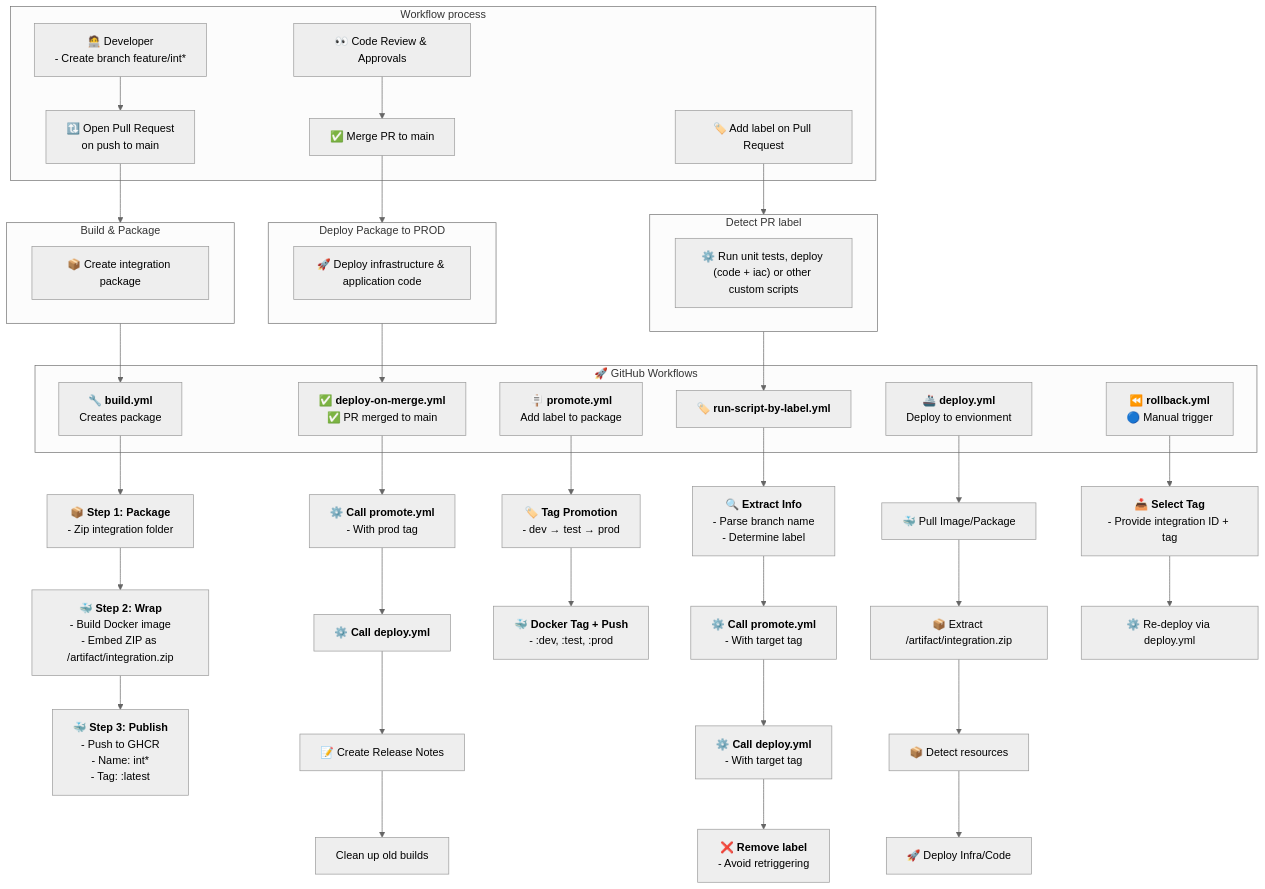
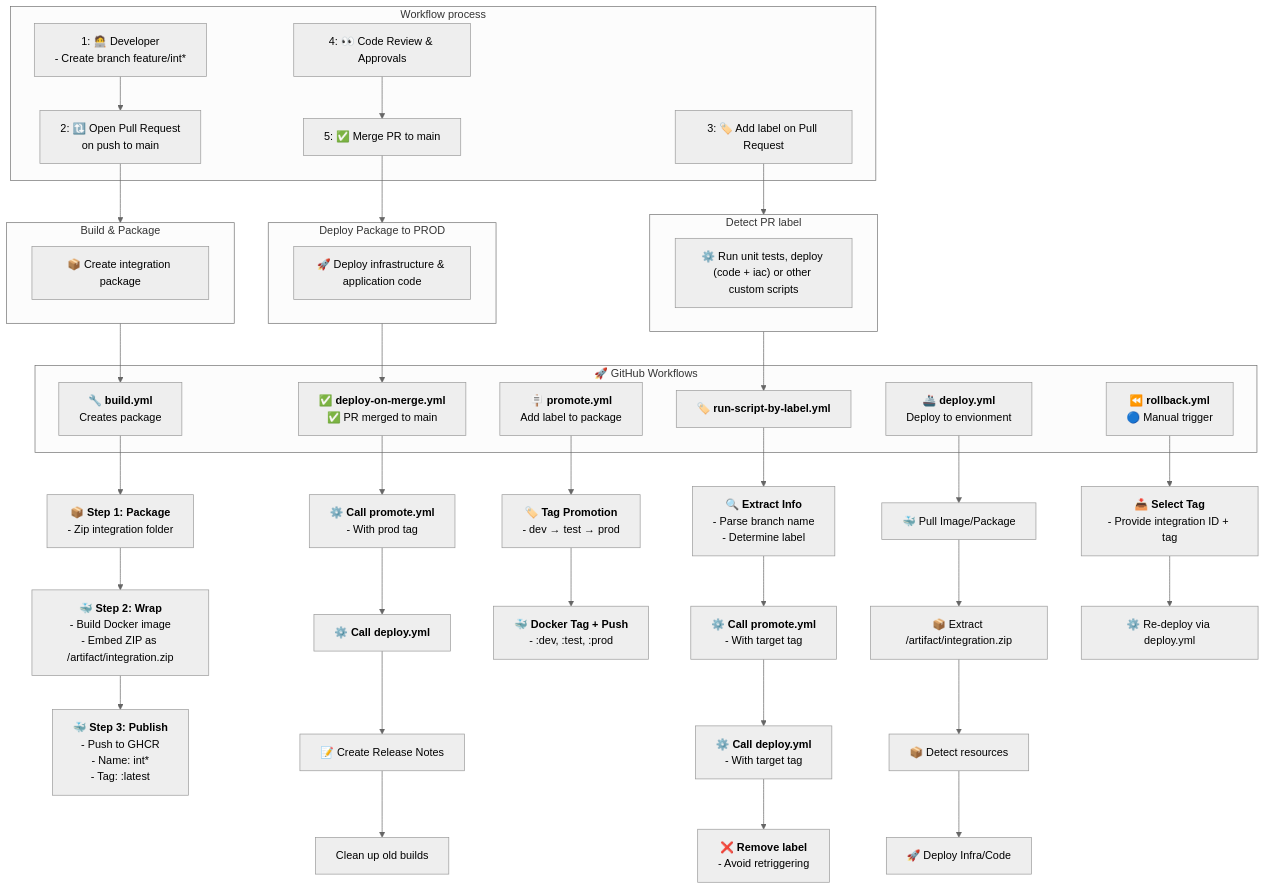
One commit to antonidag/radius changed the first of 3 diagrams in README.md. Above: the diagram before and after it, drawn with Mermaid (neutral theme).

Commit message:
docs: add step counter

````diff
--- a/README.md
+++ b/README.md
@@ -1,80 +1,81 @@
 ```mermaid
 flowchart TD
 
   %% Developer steps
   subgraph WORKPROCESS["Workflow process"]
       %% Developer & Git Process (Top vertical)
-    WP1["🧑‍💻 Developer<br>- Create branch feature/int*"]
-    WP2["🔃 Open Pull Request <br>on push to main"]
-    WP5["🏷️ Add label on Pull Request"]
-    WP3["👀 Code Review & Approvals"]
-    WP4["✅ Merge PR to main"]
+    WP1["1: 🧑‍💻 Developer<br>- Create branch feature/int*"]
+    WP2["2: 🔃 Open Pull Request <br>on push to main"]
+    WP5["3: 🏷️ Add label on Pull Request"]
+    WP3["4: 👀 Code Review & Approvals"]
+    WP4["5: ✅ Merge PR to main"]
   end
 
   %% Build Phase
   subgraph WPBUILD["Build & Package"]
     B11["📦 Create integration package"]
   end
 
   %% Promotion Phase
   subgraph WPPROMOTE["Detect PR label"]
     P11["⚙️ Run unit tests, deploy (code + iac) or other custom scripts"]
   end
 
   %% Deploy Phase
   subgraph WPDEPLOY["Deploy Package to PROD"]
     D32["🚀 Deploy infrastructure & application code"]
 
   end
   WP1 --> WP2
   WP2 --> WPBUILD
   WP5 --> WPPROMOTE
   WP3 --> WP4
   WP4 --> WPDEPLOY
   
   WPBUILD --> W1
   WPPROMOTE --> W5
   WPDEPLOY --> W6
 
   subgraph WORKFLOWS["🚀 GitHub Workflows"]
       W1["🔧 <b>build.yml</b><br> Creates package"]
       W2["🪧 <b>promote.yml</b><br>Add label to package"]
       W3["🚢 <b>deploy.yml</b><br>Deploy to envionment"]
       W5["🏷️ <b>run-script-by-label.yml</b><br>"]
       W6["✅ <b>deploy-on-merge.yml</b><br>✅ PR merged to main"]
       W4["⏪ <b>rollback.yml</b><br>🔵 Manual trigger"]
   end
 
   %% build.yml
   W1 --> B1["📦 <b>Step 1: Package</b><br>- Zip integration folder"]
   B1 --> B2["🐳 <b>Step 2: Wrap</b><br>- Build Docker image<br>- Embed ZIP as /artifact/integration.zip"]
   B2 --> B3["🐳 <b>Step 3: Publish</b><br>- Push to GHCR<br>- Name: int* <br>- Tag: :latest"]
 
 
   %% promote-by-label.yml
   W5 --> L1["🔍 <b>Extract Info</b><br>- Parse branch name<br>- Determine label"]
   L1 --> L2["⚙️  <b>Call promote.yml</b><br>- With target tag"]
   L2 --> L3["⚙️  <b>Call deploy.yml</b><br>- With target tag"]
   L3 --> L4["❌ <b>Remove label</b><br>- Avoid retriggering"]
 
   %% promote.yml
   W2 --> P1["🏷️ <b>Tag Promotion</b><br>- dev → test → prod"]
   P1 --> P2["🐳 <b>Docker Tag + Push</b><br>- :dev, :test, :prod"]
 
+  %% deploy-on-merge.yml
+  W6 --> M2["⚙️ <b>Call promote.yml</b><br>- With prod tag"]
+  M2 --> M3["⚙️ <b>Call deploy.yml</b>"]
+  M3 --> M4["📝 Create Release Notes"]
+  M4 --> M5["Clean up old builds"]
 
     %% deploy.yml
   W3 --> D1["🐳 Pull Image/Package"]
   D1 --> D2["📦 Extract /artifact/integration.zip"]
   D2 --> D3["📦 Detect resources"]
   D3 --> D4["🚀 Deploy Infra/Code"]
 
-  %% deploy-on-merge.yml
-  W6 --> M2["⚙️ <b>Call promote.yml</b><br>- With prod tag"]
-  M2 --> M3["⚙️ <b>Call deploy.yml</b>"]
-  M3 --> M4["📝 Create Release Notes"]
-  M4 --> M5["Clean up old builds"]
+
 
     %% rollback.yml
   W4 --> R1["📥 <b>Select Tag</b><br>- Provide integration ID + tag"]
   R1 --> R2["⚙️ Re-deploy via deploy.yml"]
 ```
````
